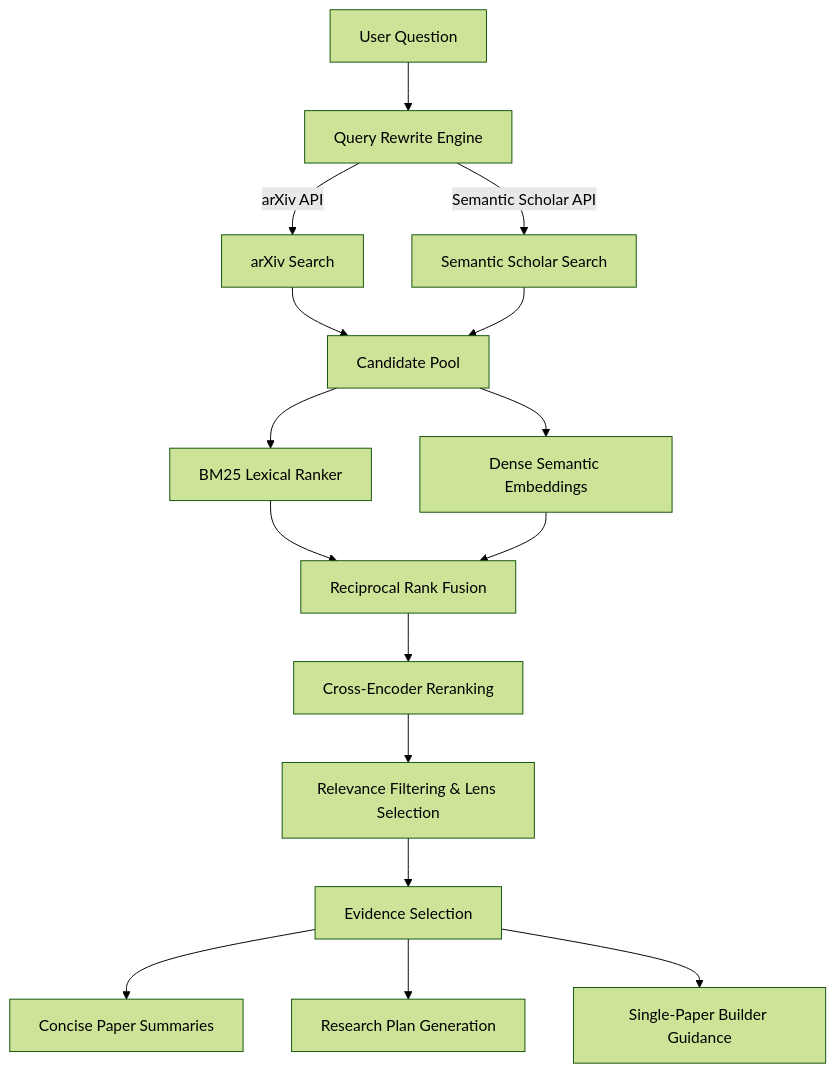
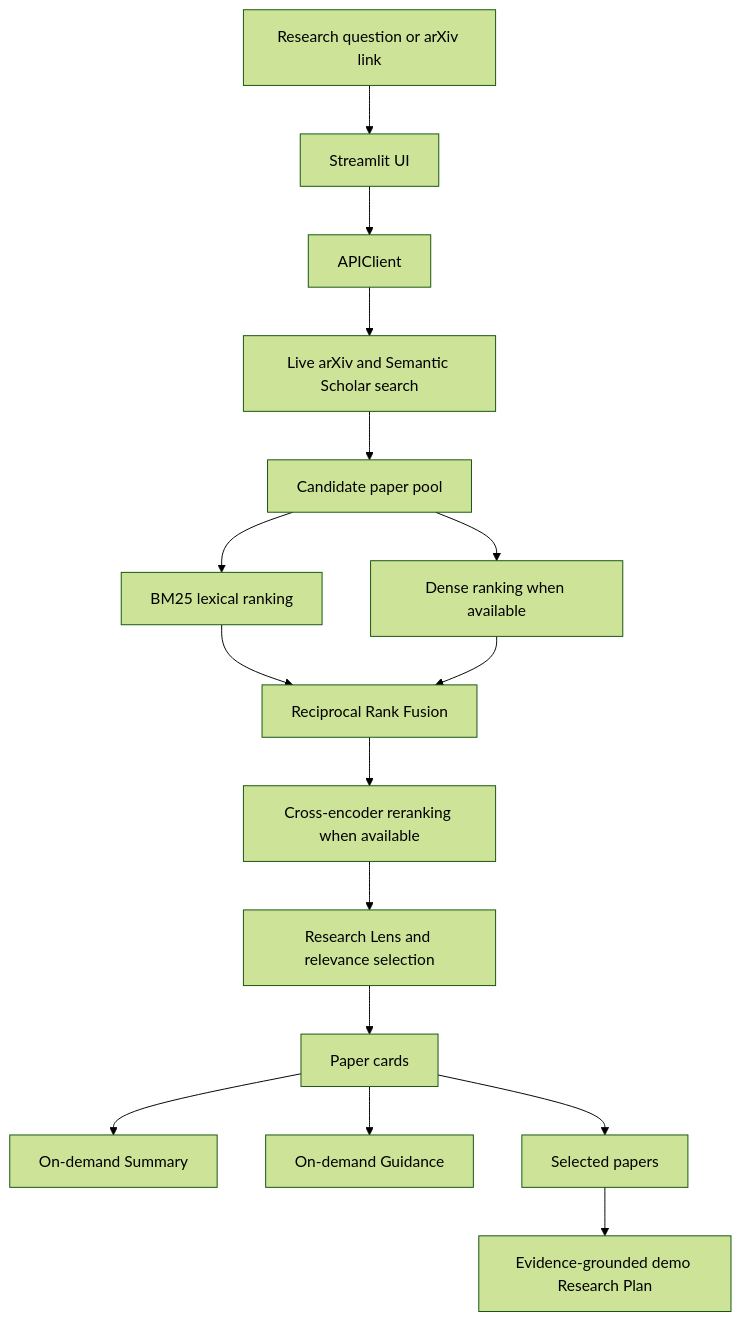
The diagram in README.md (shreyshrivastava/AcademicForge), drawn with Mermaid (forest theme) before and after one commit. The commit also changed other lines of this file and 1 other file, not shown here.

Commit message:
Document Streamlit Cloud demo architecture

````diff
--- a/README.md
+++ b/README.md
@@ -94,18 +50,18 @@
 ```mermaid
 graph TD
-    Question[User Question] --> QR[Query Rewrite Engine]
-    QR -->|arXiv API| ArXiv[arXiv Search]
-    QR -->|Semantic Scholar API| SemScholar[Semantic Scholar Search]
-    ArXiv --> Pool[Candidate Pool]
-    SemScholar --> Pool
-    Pool --> BM25[BM25 Lexical Ranker]
-    Pool --> Dense[Dense Semantic Embeddings]
+    Q[Research question or arXiv link] --> UI[Streamlit UI]
+    UI --> Client[APIClient]
+    Client --> Sources[Live arXiv and Semantic Scholar search]
+    Sources --> Pool[Candidate paper pool]
+    Pool --> BM25[BM25 lexical ranking]
+    Pool --> Dense[Dense ranking when available]
     BM25 --> RRF[Reciprocal Rank Fusion]
     Dense --> RRF
-    RRF --> Rerank[Cross-Encoder Reranking]
-    Rerank --> Filter[Relevance Filtering & Lens Selection]
-    Filter --> Ev[Evidence Selection]
-    Ev --> Summary[Concise Paper Summaries]
-    Ev --> Plan[Research Plan Generation]
-    Ev --> Guidance[Single-Paper Builder Guidance]
+    RRF --> Rerank[Cross-encoder reranking when available]
+    Rerank --> Lens[Research Lens and relevance selection]
+    Lens --> Cards[Paper cards]
+    Cards --> Summary[On-demand Summary]
+    Cards --> Guidance[On-demand Guidance]
+    Cards --> Selected[Selected papers]
+    Selected --> Plan[Evidence-grounded demo Research Plan]
 ```
````
